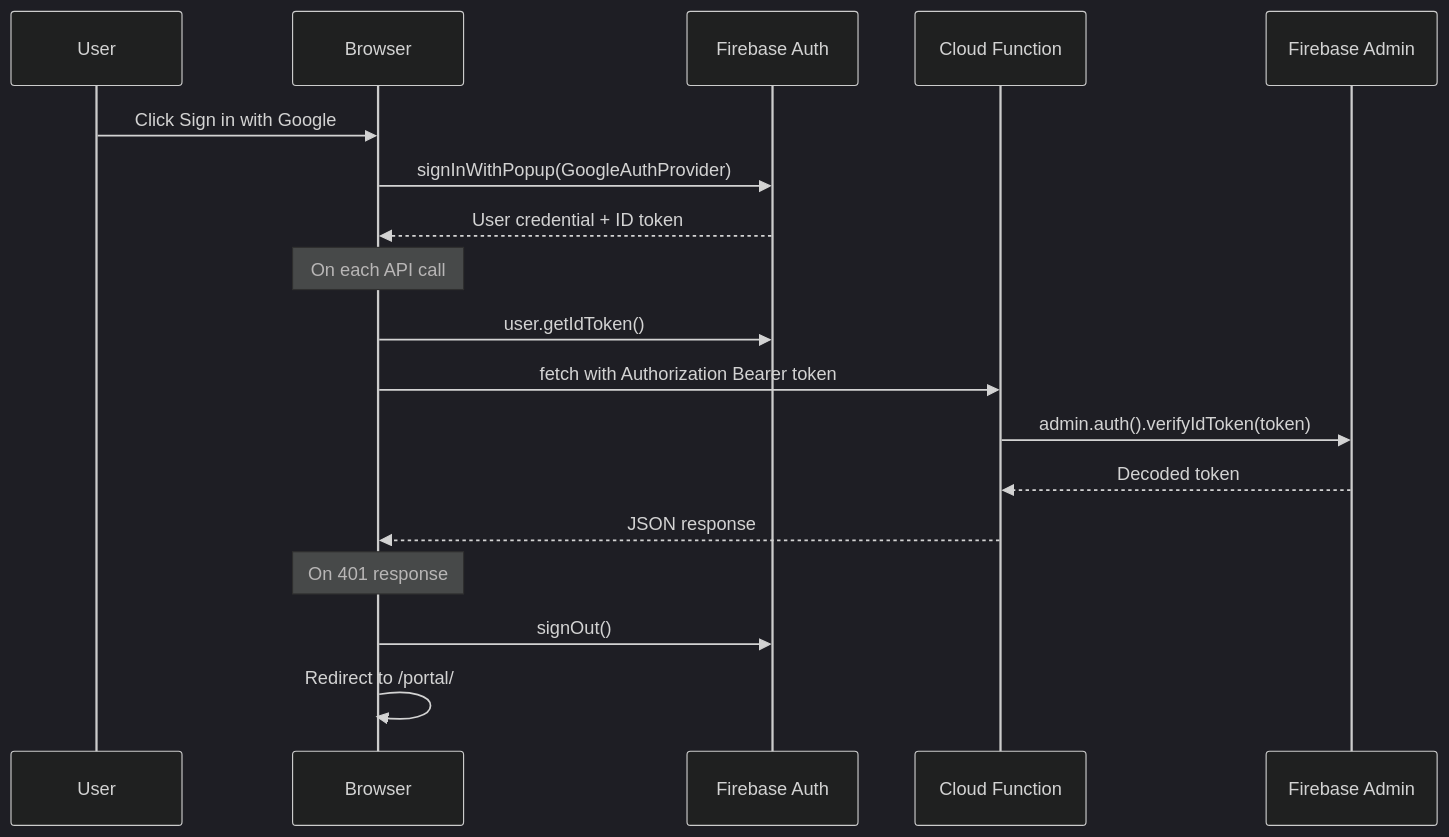
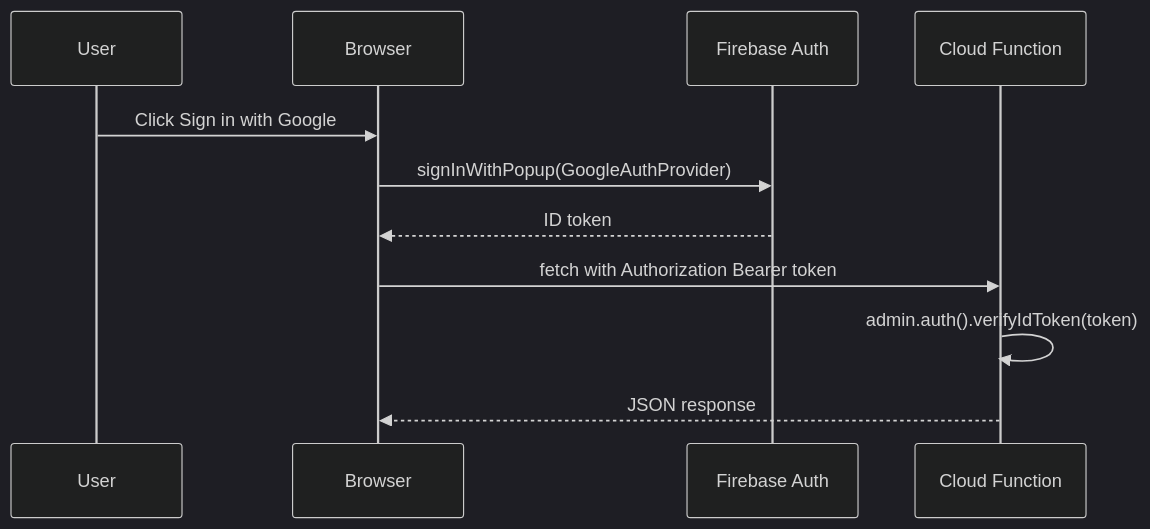
Before and after one commit to Skippy-code-604/westernwindows-ca: the fourth of 7 diagrams in ww_portal_enterprise_docs.md, drawn with Mermaid (dark theme). The commit also changed other lines of this file and 2 other files, not shown here.

Commit message:
fix: B5 convertToPO double json parse + update roadmap

````diff
--- a/ww_portal_enterprise_docs.md
+++ b/ww_portal_enterprise_docs.md
@@ -392,23 +387,14 @@
 ```mermaid
 sequenceDiagram
     participant User
     participant Browser
     participant FBAuth as Firebase Auth
     participant API as Cloud Function
-    participant FBAdmin as Firebase Admin
 
     User->>Browser: Click Sign in with Google
     Browser->>FBAuth: signInWithPopup(GoogleAuthProvider)
-    FBAuth-->>Browser: User credential + ID token
-
-    Note over Browser: On each API call
-    Browser->>FBAuth: user.getIdToken()
+    FBAuth-->>Browser: ID token
     Browser->>API: fetch with Authorization Bearer token
-    API->>FBAdmin: admin.auth().verifyIdToken(token)
-    FBAdmin-->>API: Decoded token
+    API->>API: admin.auth().verifyIdToken(token)
     API-->>Browser: JSON response
-
-    Note over Browser: On 401 response
-    Browser->>FBAuth: signOut()
-    Browser->>Browser: Redirect to /portal/
 ```
````
